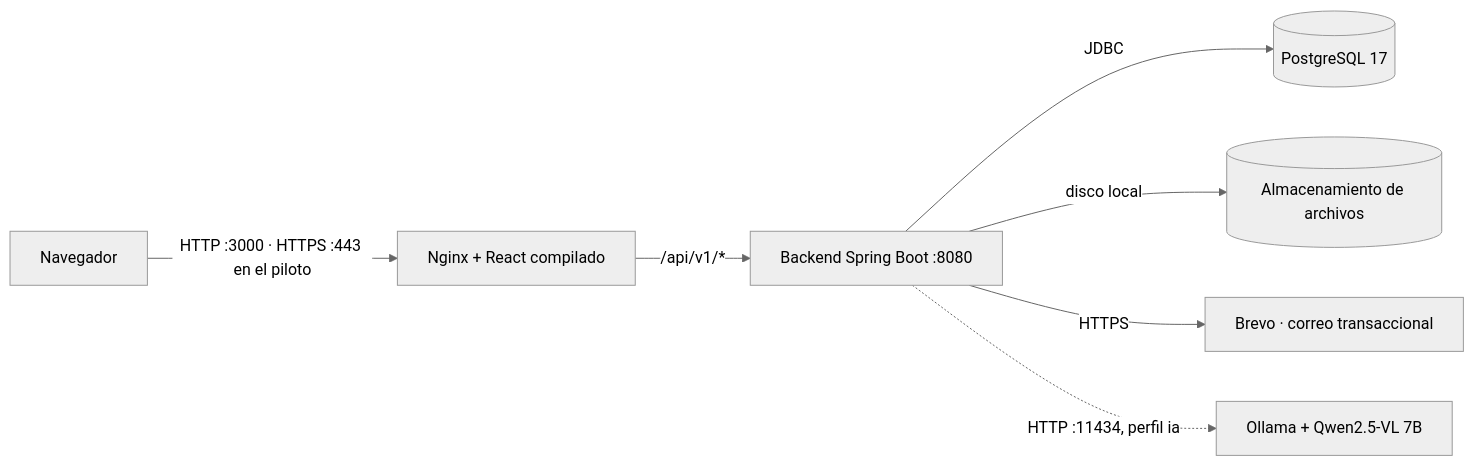
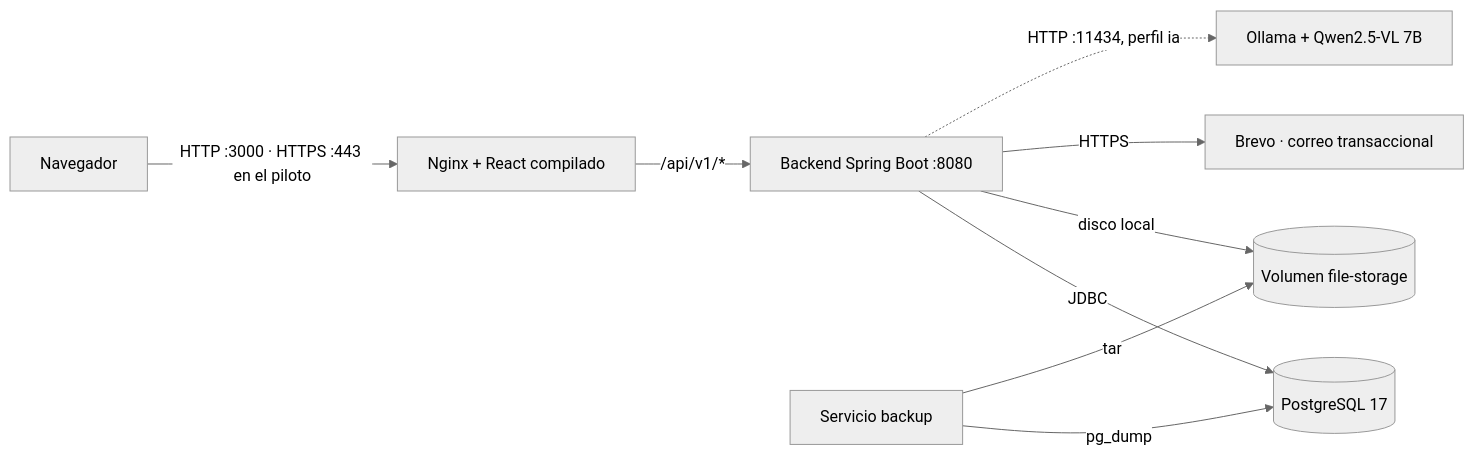
One commit to CarlosEscam/LogiCode-Up changed the first of 4 diagrams in docs/arquitectura.md. Above: the diagram before and after it, drawn with Mermaid (neutral theme). The commit also changed other lines of this file and 39 other files, not shown here.

````diff
--- a/docs/arquitectura.md
+++ b/docs/arquitectura.md
@@ -10,9 +9,11 @@
 ```mermaid
 flowchart LR
     U[Navegador] -->|HTTP :3000 · HTTPS :443 en el piloto| N[Nginx + React compilado]
     N -->|/api/v1/*| B[Backend Spring Boot :8080]
     B -->|JDBC| P[(PostgreSQL 17)]
-    B -->|disco local| F[(Almacenamiento de archivos)]
+    B -->|disco local| F[(Volumen file-storage)]
     B -->|HTTPS| M[Brevo · correo transaccional]
     B -.->|HTTP :11434, perfil ia| O[Ollama + Qwen2.5-VL 7B]
+    K[Servicio backup] -->|pg_dump| P
+    K -->|tar| F
 ```
````
